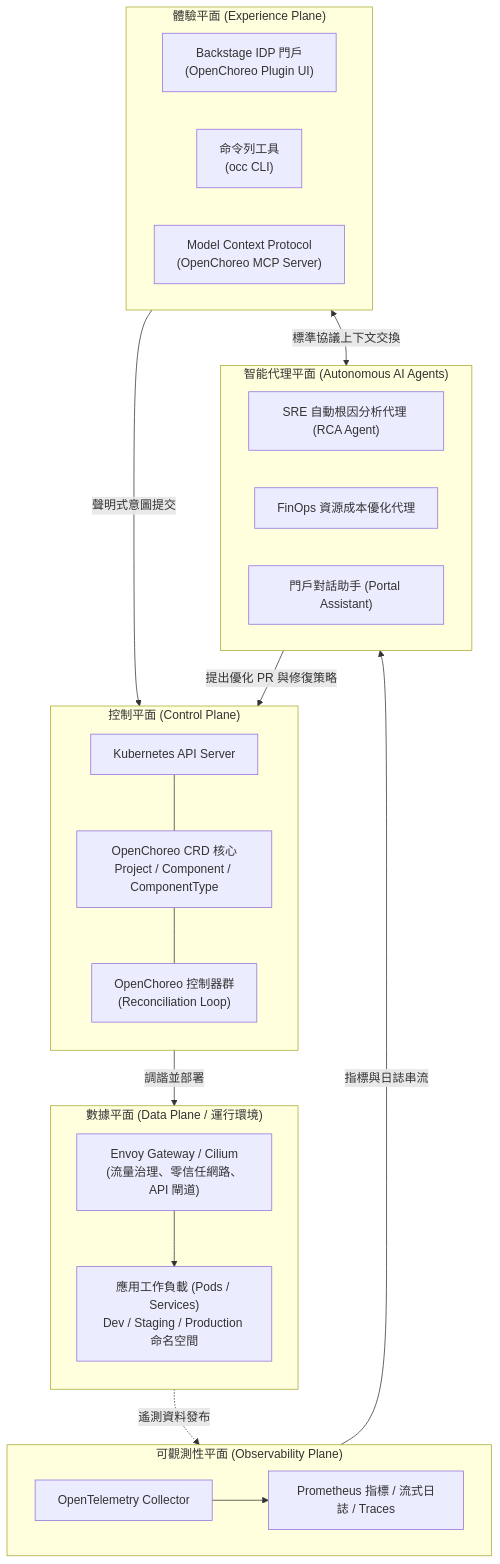
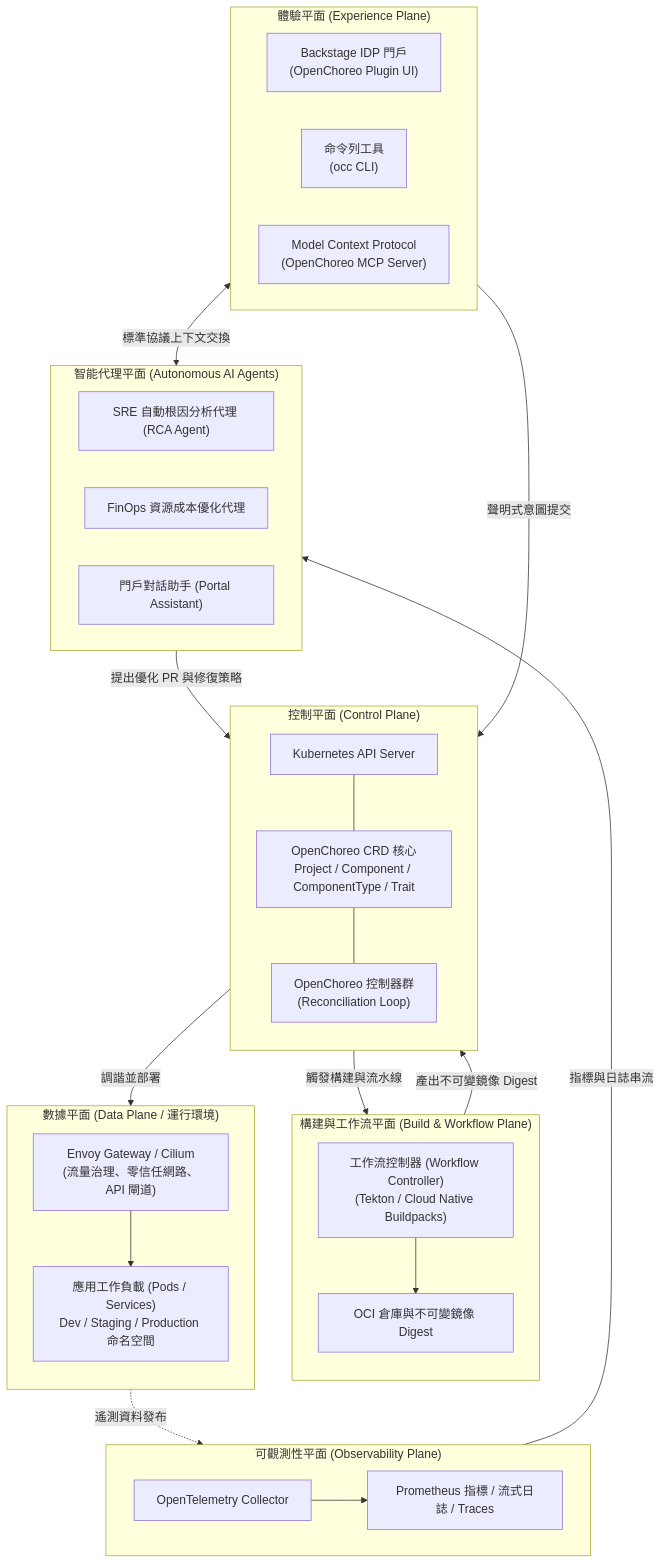
Before and after one commit to tedmax100/agentic-ai-for-pe: the second of 9 diagrams in zh/ch12.md, drawn with Mermaid. The commit also changed other lines of this file and 1 other file, not shown here.

Commit message:
docs(ch12): expand OpenChoreo multi-plane architecture, CRD taxonomy, CBA and ecosystem comparison

````diff
--- a/zh/ch12.md
+++ b/zh/ch12.md
@@ -68,44 +68,53 @@
 ```mermaid
 flowchart TD
     subgraph ExperiencePlane["體驗平面 (Experience Plane)"]
         direction LR
         BackstagePortal["Backstage IDP 門戶<br/>(OpenChoreo Plugin UI)"]
         OccCLI["命令列工具<br/>(occ CLI)"]
         MCPServers["Model Context Protocol<br/>(OpenChoreo MCP Server)"]
     end
 
     subgraph ControlPlane["控制平面 (Control Plane)"]
         direction TB
         APIServer["Kubernetes API Server"]
-        CRDRegistry["OpenChoreo CRD 核心<br/>Project / Component / ComponentType"]
+        CRDRegistry["OpenChoreo CRD 核心<br/>Project / Component / ComponentType / Trait"]
         Controllers["OpenChoreo 控制器群<br/>(Reconciliation Loop)"]
         APIServer --- CRDRegistry --- Controllers
+    end
+
+    subgraph WorkflowPlane["構建與工作流平面 (Build & Workflow Plane)"]
+        direction TB
+        WorkflowEngine["工作流控制器 (Workflow Controller)<br/>(Tekton / Cloud Native Buildpacks)"]
+        Artifacts["OCI 倉庫與不可變鏡像 Digest"]
+        WorkflowEngine --> Artifacts
     end
 
     subgraph DataPlane["數據平面 (Data Plane / 運行環境)"]
         direction TB
         EnvoyGW["Envoy Gateway / Cilium<br/>(流量治理、零信任網路、API 閘道)"]
         Workloads["應用工作負載 (Pods / Services)<br/>Dev / Staging / Production 命名空間"]
         EnvoyGW --> Workloads
     end
 
     subgraph ObservabilityPlane["可觀測性平面 (Observability Plane)"]
         OTel["OpenTelemetry Collector"]
         MetricsLogs["Prometheus 指標 / 流式日誌 / Traces"]
         OTel --> MetricsLogs
     end
 
     subgraph AgenticPlane["智能代理平面 (Autonomous AI Agents)"]
         SREAgent["SRE 自動根因分析代理 (RCA Agent)"]
         FinOpsAgent["FinOps 資源成本優化代理"]
         PortalAI["門戶對話助手 (Portal Assistant)"]
     end
 
     ExperiencePlane -->|聲明式意圖提交| ControlPlane
+    ControlPlane -->|觸發構建與流水線| WorkflowPlane
+    WorkflowPlane -->|產出不可變鏡像 Digest| ControlPlane
     ControlPlane -->|調諧並部署| DataPlane
     DataPlane -.->|遙測資料發布| ObservabilityPlane
 
     ObservabilityPlane -->|指標與日誌串流| AgenticPlane
     MCPServers <-->|標準協議上下文交換| AgenticPlane
     AgenticPlane -->|提出優化 PR 與修復策略| ControlPlane
 ```
````
